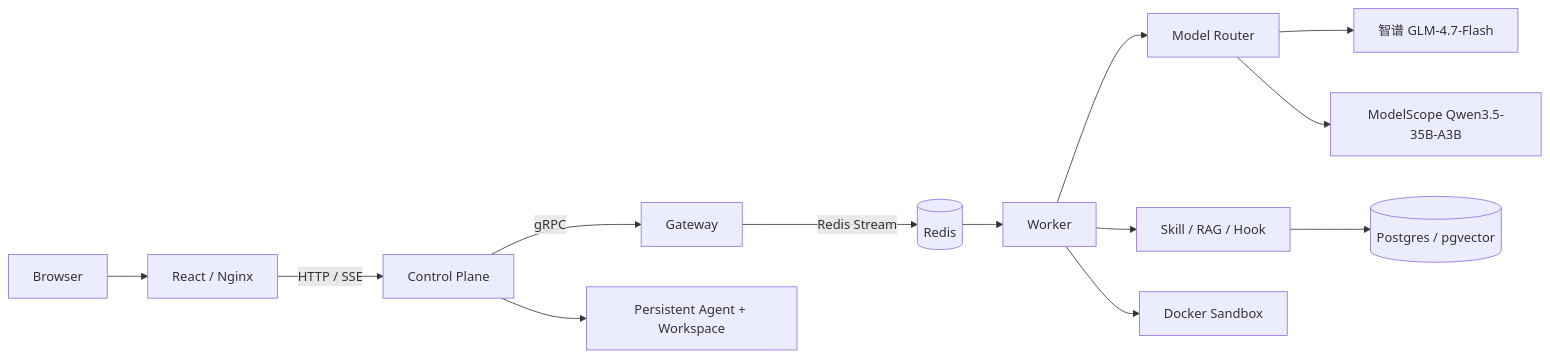
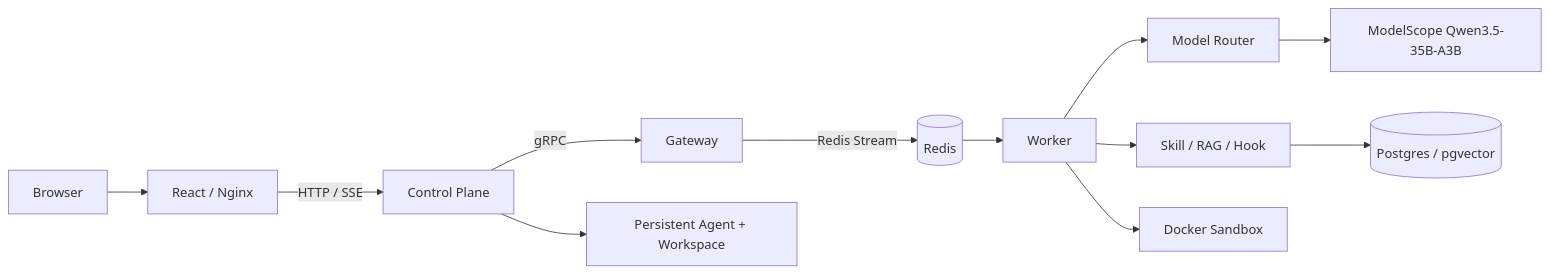
The diagram in README.md (wzhnbsixsixsix/AI-Agent-Cloud-Runtime), drawn with Mermaid before and after one commit. The commit also changed other lines of this file and 35 other files, not shown here.

````diff
--- a/README.md
+++ b/README.md
@@ -23,15 +23,14 @@
 ```mermaid
 flowchart LR
   Browser["Browser"] --> Web["React / Nginx"]
   Web -->|"HTTP / SSE"| CP["Control Plane"]
   CP -->|"gRPC"| GW["Gateway"]
   GW -->|"Redis Stream"| Redis[("Redis")]
   Redis --> Worker["Worker"]
   Worker --> Router["Model Router"]
-  Router --> GLM["智谱 GLM-4.7-Flash"]
   Router --> Qwen["ModelScope Qwen3.5-35B-A3B"]
   Worker --> Services["Skill / RAG / Hook"]
   Worker --> Sandbox["Docker Sandbox"]
   CP --> Agent["Persistent Agent + Workspace"]
   Services --> PG[("Postgres / pgvector")]
 ```
````
